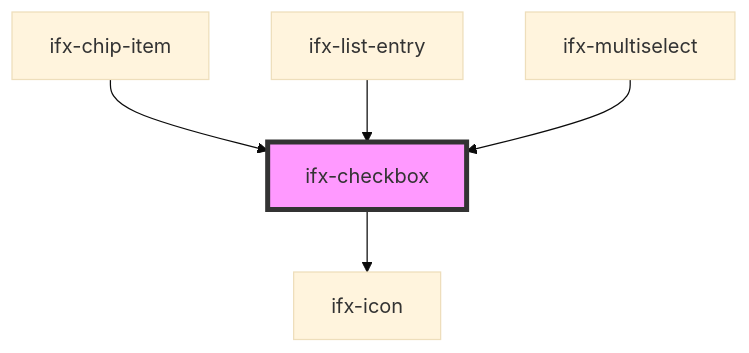
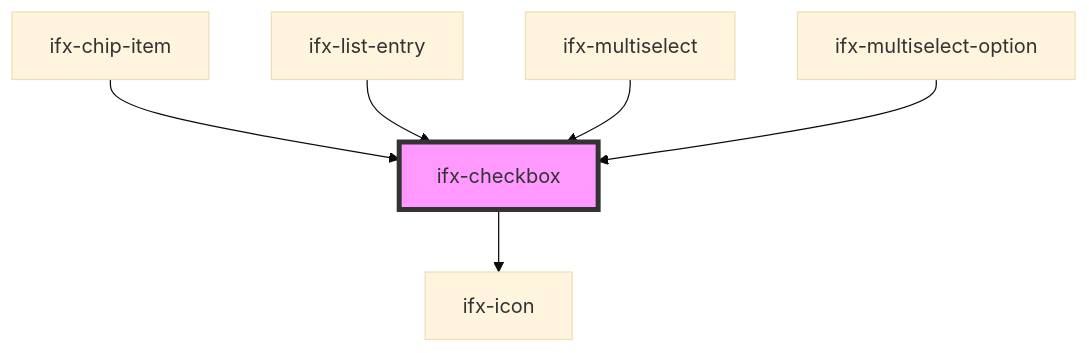
One commit to Infineon/infineon-design-system-stencil changed the diagram in packages/components/src/components/checkbox/readme.md. Above: the diagram before and after it, drawn with Mermaid (base theme). The commit also changed other lines of this file and 12 other files, not shown here.

````diff
--- a/packages/components/src/components/checkbox/readme.md
+++ b/packages/components/src/components/checkbox/readme.md
@@ -70,8 +71,9 @@
 ```mermaid
 graph TD;
   ifx-checkbox --> ifx-icon
   ifx-chip-item --> ifx-checkbox
   ifx-list-entry --> ifx-checkbox
   ifx-multiselect --> ifx-checkbox
+  ifx-multiselect-option --> ifx-checkbox
   style ifx-checkbox fill:#f9f,stroke:#333,stroke-width:4px
 ```
````
